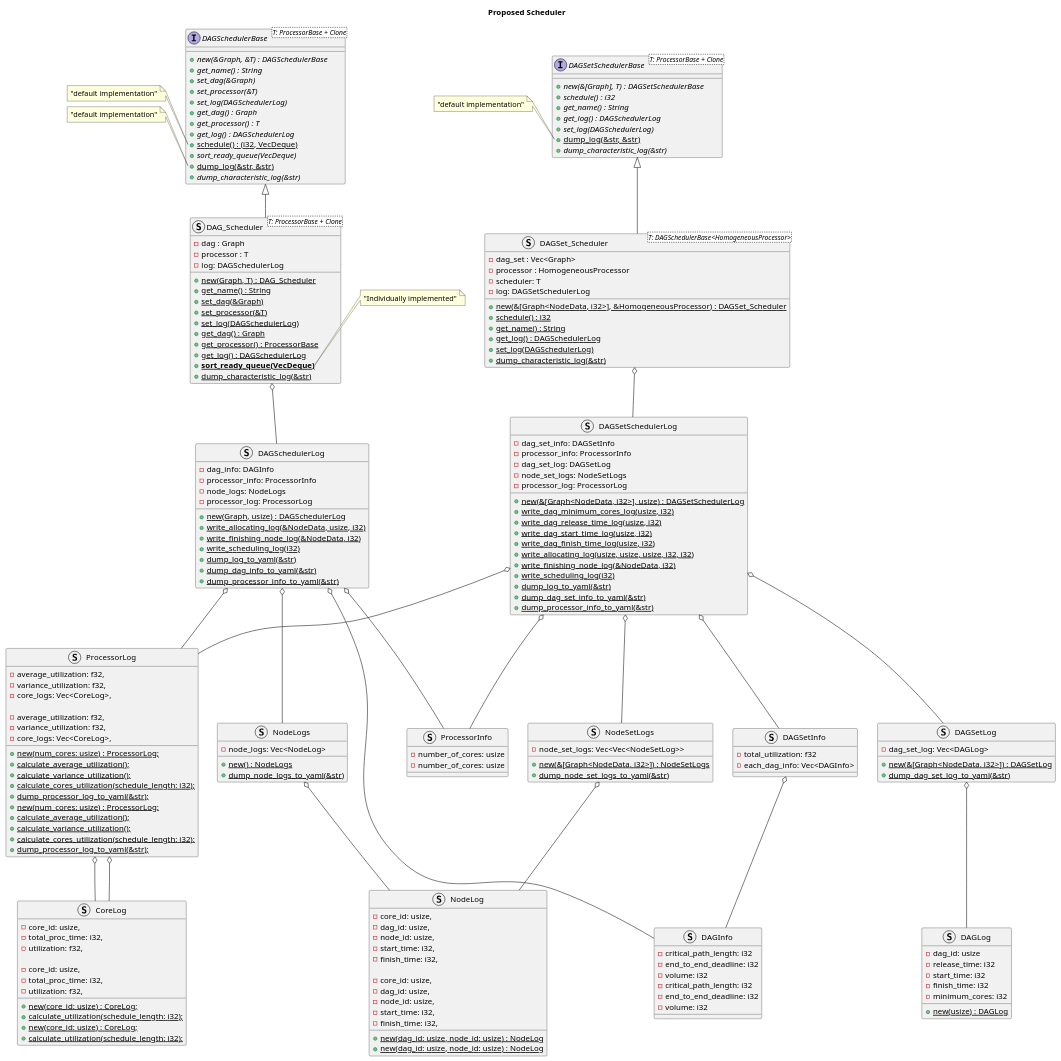
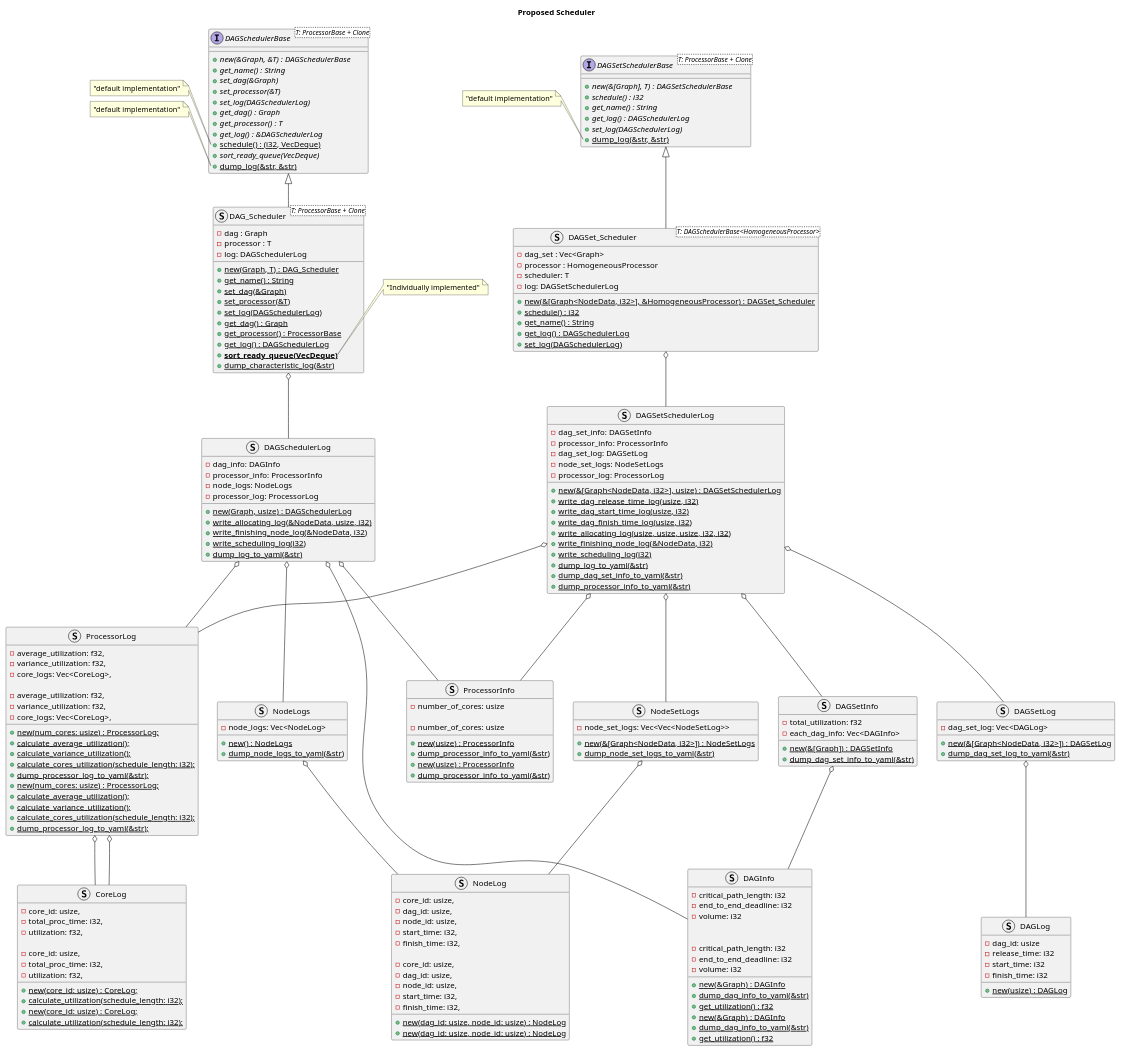
One commit to emb4-team/sched_sim_rust changed the diagram in UML/overall.pu. Above: the diagram before and after it, drawn with PlantUML. The commit also changed 5 other files, not shown here.

```diff
--- a/UML/overall.pu
+++ b/UML/overall.pu
@@ -9,11 +9,10 @@
         + {abstract} set_log(DAGSchedulerLog)
         + {abstract} get_dag() : Graph
         + {abstract} get_processor() : T
-        + {abstract} get_log() : DAGSchedulerLog
+        + {abstract} get_log() : &DAGSchedulerLog
         + {static} schedule() : (i32, VecDeque)
         + {abstract} sort_ready_queue(VecDeque)
         + {static} dump_log(&str, &str)
-        + {abstract} dump_characteristic_log(&str)
     }
 
     note left of DAGSchedulerBase::schedule
@@ -28,10 +27,18 @@
         - critical_path_length: i32
         - end_to_end_deadline: i32
         - volume: i32
+
+        + {static} new(&Graph) : DAGInfo
+        + {static} dump_dag_info_to_yaml(&str)
+        + {static} get_utilization() : f32
+
     }
 
     struct ProcessorInfo {
         - number_of_cores: usize
+
+        + {static} new(usize) : ProcessorInfo
+        + {static} dump_processor_info_to_yaml(&str)
     }
 
     struct DAGSchedulerLog {
@@ -45,8 +52,6 @@
         + {static} write_finishing_node_log(&NodeData, i32)
         + {static} write_scheduling_log(i32)
         + {static} dump_log_to_yaml(&str)
-        + {static} dump_dag_info_to_yaml(&str)
-        + {static} dump_processor_info_to_yaml(&str)
     }
 
     struct DAG_Scheduler<T: ProcessorBase + Clone> {
@@ -125,7 +130,6 @@
         + {abstract} get_log() : DAGSchedulerLog
         + {abstract} set_log(DAGSchedulerLog)
         + {static} dump_log(&str, &str)
-        + {abstract} dump_characteristic_log(&str)
     }
 
     note left of DAGSetSchedulerBase::dump_log
@@ -135,16 +139,27 @@
     struct DAGSetInfo {
         - total_utilization: f32
         - each_dag_info: Vec<DAGInfo>
+
+        + {static} new(&[Graph]) : DAGSetInfo
+        + {static} dump_dag_set_info_to_yaml(&str)
     }
 
     struct DAGInfo {
         - critical_path_length: i32
         - end_to_end_deadline: i32
         - volume: i32
+
+        + {static} new(&Graph) : DAGInfo
+        + {static} dump_dag_info_to_yaml(&str)
+        + {static} get_utilization() : f32
+
     }
 
     struct ProcessorInfo {
         - number_of_cores: usize
+
+        + {static} new(usize) : ProcessorInfo
+        + {static} dump_processor_info_to_yaml(&str)
     }
 
     struct DAGSetSchedulerLog {
@@ -155,7 +170,6 @@
         - processor_log: ProcessorLog
 
         + {static} new(&[Graph<NodeData, i32>], usize) : DAGSetSchedulerLog
-        + {static} write_dag_minimum_cores_log(usize, i32)
         + {static} write_dag_release_time_log(usize, i32)
         + {static} write_dag_start_time_log(usize, i32)
         + {static} write_dag_finish_time_log(usize, i32)
@@ -177,7 +191,6 @@
         + {static} get_name() : String
         + {static} get_log() : DAGSchedulerLog
         + {static} set_log(DAGSchedulerLog)
-        + {static} dump_characteristic_log(&str)
     }
 
     struct DAGSetLog {
@@ -192,7 +205,6 @@
         - release_time: i32
         - start_time: i32
         - finish_time: i32
-        - minimum_cores: i32
 
         + {static} new(usize) : DAGLog
     }
```
